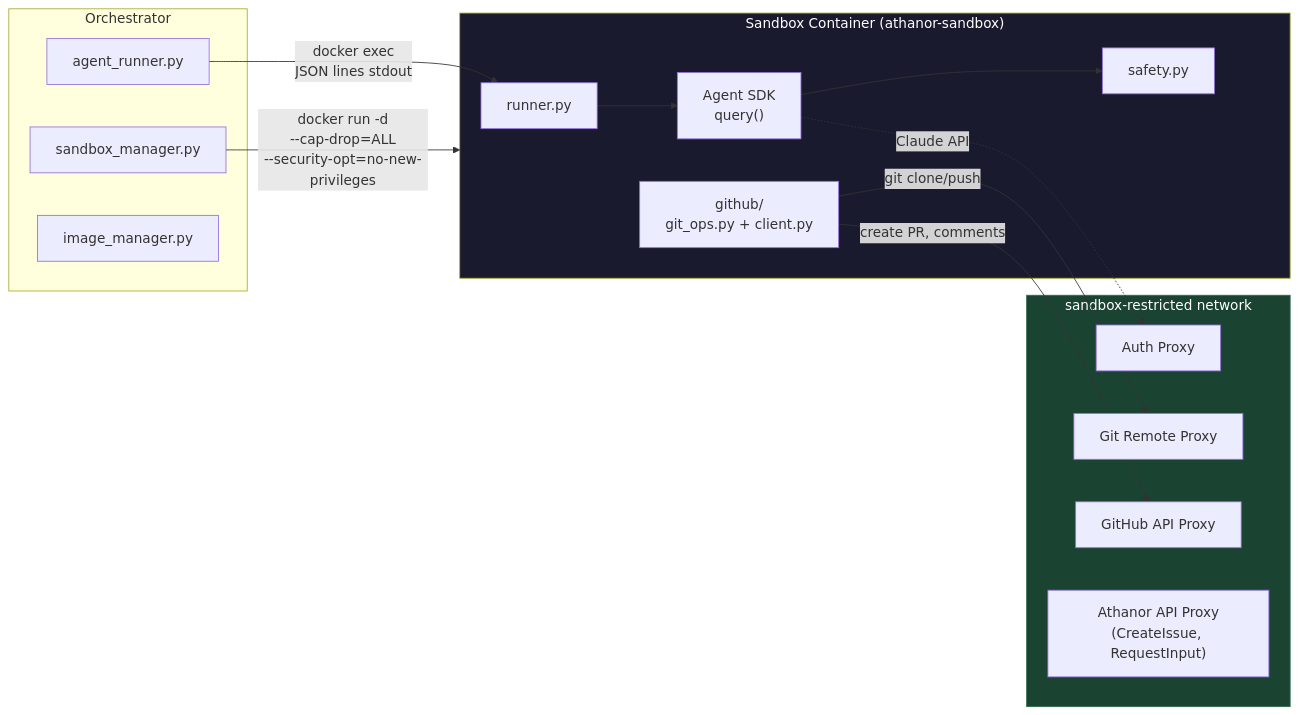
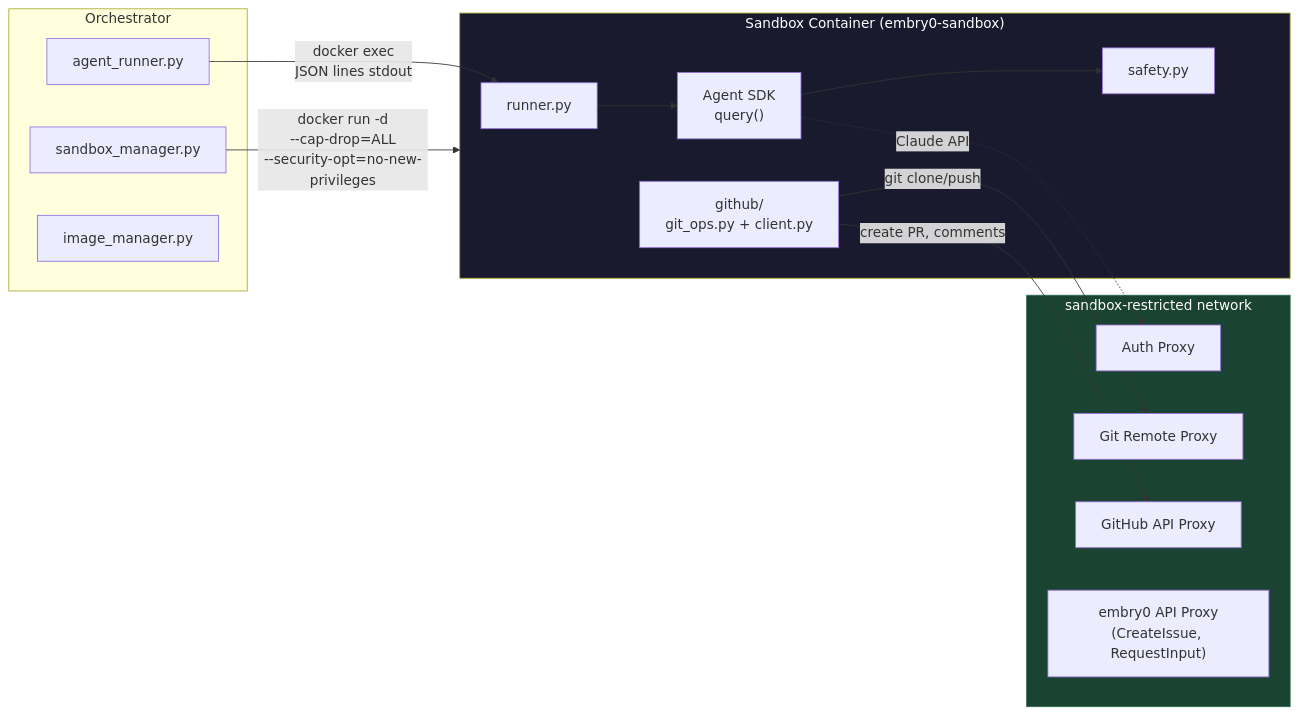
The seventh of 11 diagrams in docs/architecture.md (sudoTomas/embry0), drawn with Mermaid before and after one commit. The commit also changed other lines of this file and 8 other files, not shown here.

````diff
--- a/docs/architecture.md
+++ b/docs/architecture.md
@@ -477,33 +477,33 @@
 ```mermaid
 graph LR
     subgraph Orchestrator["Orchestrator"]
         AR["agent_runner.py"]
         SM["sandbox_manager.py"]
         IM["image_manager.py"]
     end
 
     subgraph ProxyNet["sandbox-restricted network"]
         AP["Auth Proxy"]
         GP["Git Remote Proxy"]
         GHP["GitHub API Proxy"]
-        LP["Athanor API Proxy<br/>(CreateIssue, RequestInput)"]
+        LP["embry0 API Proxy<br/>(CreateIssue, RequestInput)"]
     end
 
-    subgraph Sandbox["Sandbox Container (athanor-sandbox)"]
+    subgraph Sandbox["Sandbox Container (embry0-sandbox)"]
         RN["runner.py"]
         SDK["Agent SDK<br/>query()"]
         SF["safety.py"]
         GIT["github/<br/>git_ops.py + client.py"]
     end
 
     SM -->|"docker run -d<br/>--cap-drop=ALL<br/>--security-opt=no-new-privileges"| Sandbox
     AR -->|"docker exec<br/>JSON lines stdout"| RN
     RN --> SDK
     SDK --> SF
     GIT -->|"git clone/push"| GP
     GIT -->|"create PR, comments"| GHP
     SDK -.->|"Claude API"| AP
 
     style Sandbox fill:#1a1a2e,color:#fff
     style ProxyNet fill:#1b4332,stroke:#2d6a4f,color:#fff
 ```
````
